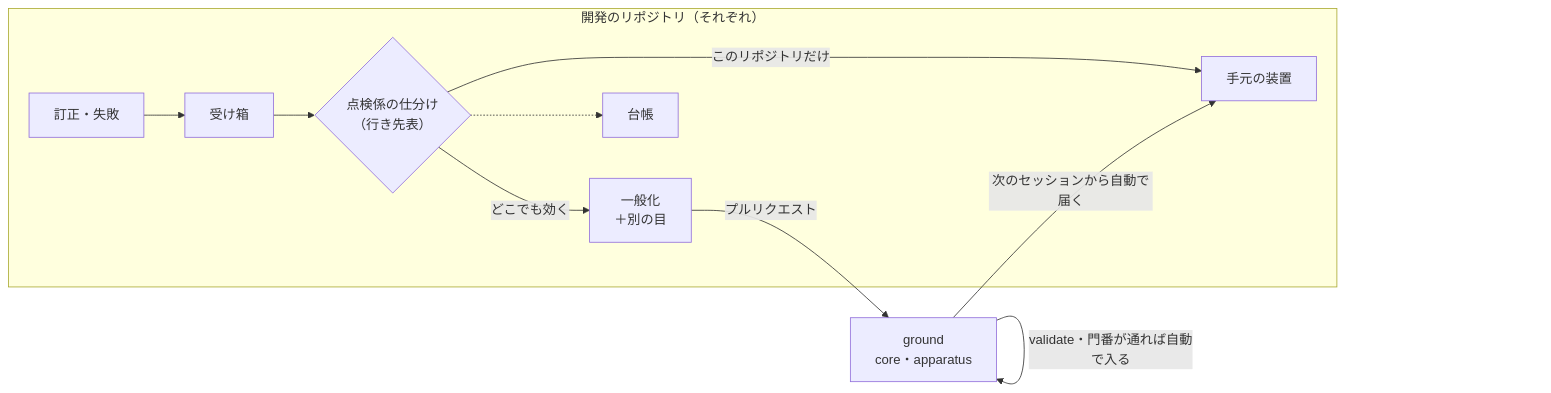
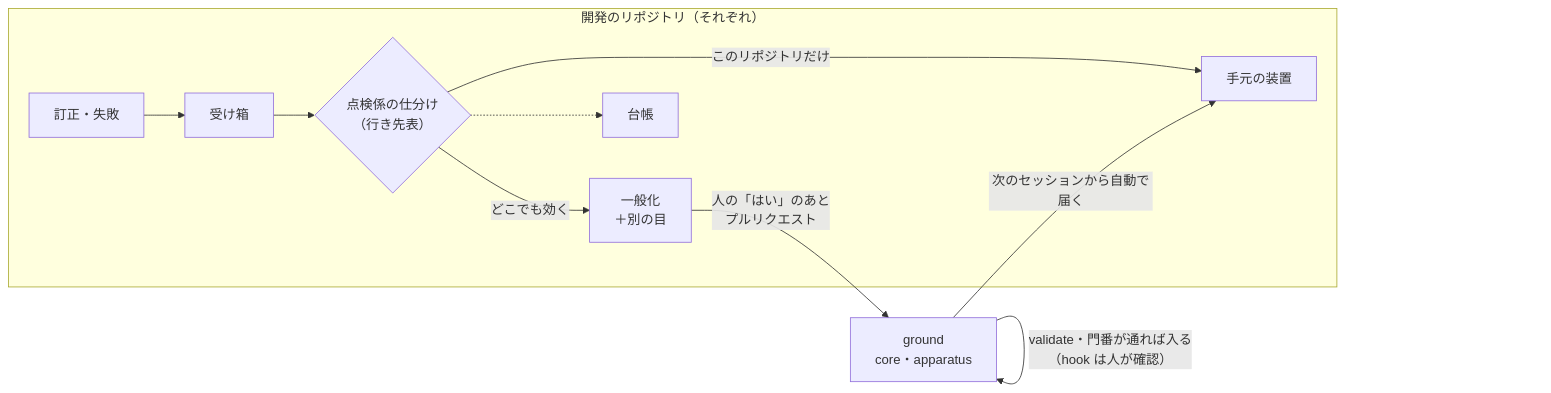
The diagram in docs/apparatus.md (commons-ground/ground), drawn with Mermaid before and after one commit. The commit also changed other lines of this file and 20 other files, not shown here.

````diff
--- a/docs/apparatus.md
+++ b/docs/apparatus.md
@@ -15,14 +30,14 @@
 ```mermaid
 flowchart LR
   subgraph R["開発のリポジトリ（それぞれ）"]
     F["訂正・失敗"] --> I["受け箱"]
     I --> T{"点検係の仕分け<br>（行き先表）"}
     T -- "このリポジトリだけ" --> L["手元の装置"]
     T -- "どこでも効く" --> X["一般化<br>＋別の目"]
     LG["台帳"]
   end
-  X -- "プルリクエスト" --> G["ground<br>core・apparatus"]
-  G -- "validate・門番が通れば自動で入る" --> G
+  X -- "人の「はい」のあと<br>プルリクエスト" --> G["ground<br>core・apparatus"]
+  G -- "validate・門番が通れば入る<br>（hook は人が確認）" --> G
   G -- "次のセッションから自動で届く" --> L
   T -.-> LG
 ```
````
